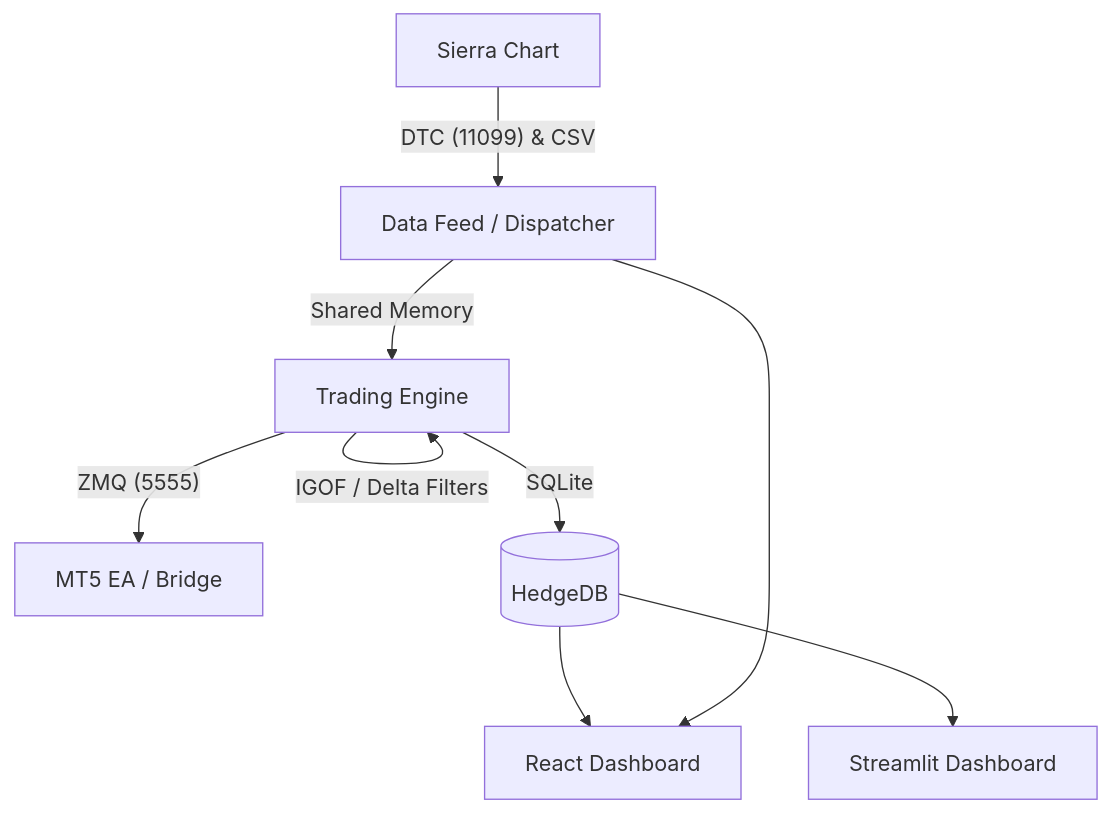
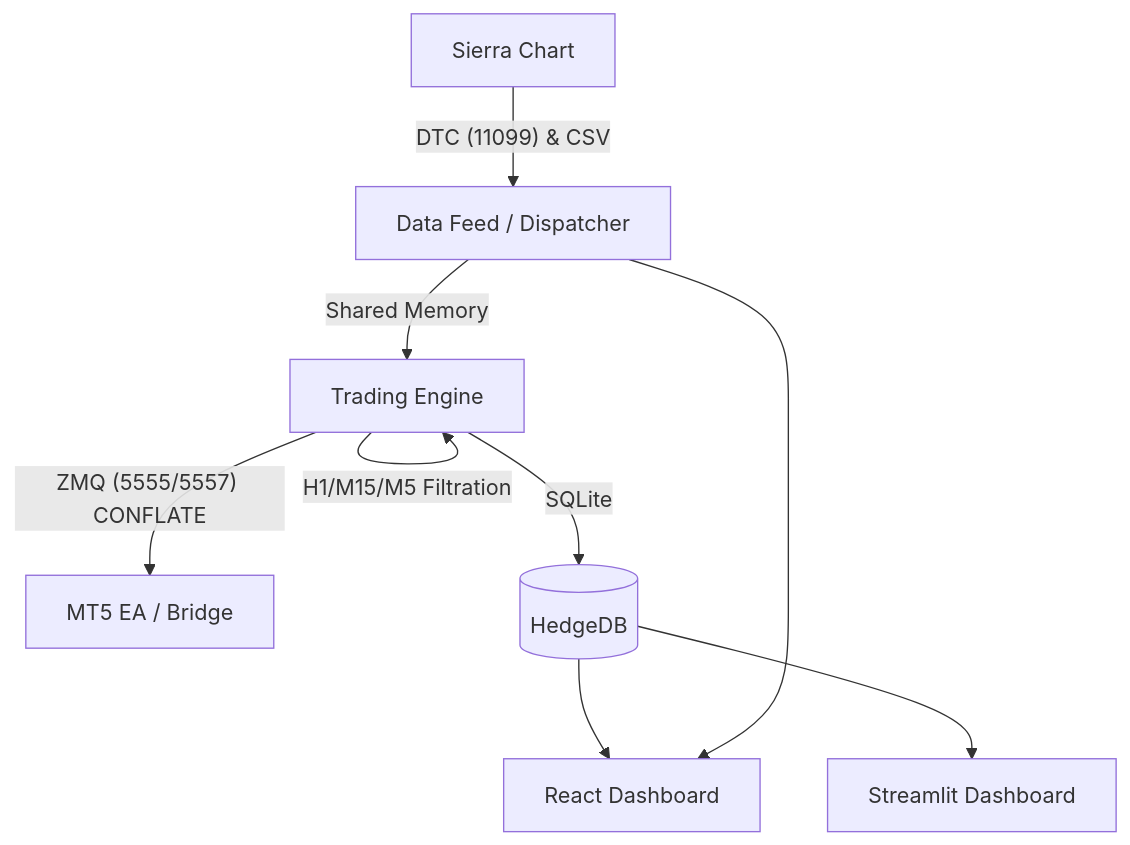
One commit to tonynagwerez20-hue/kingin changed the diagram in README.md. Above: the diagram before and after it, drawn with Mermaid. The commit also changed other lines of this file and 20 other files, not shown here.

````diff
--- a/README.md
+++ b/README.md
@@ -15,11 +17,11 @@
 ```mermaid
 graph TD
     SC[Sierra Chart] -- "DTC (11099) & CSV" --> DF[Data Feed / Dispatcher]
     DF -- Shared Memory --> EN[Trading Engine]
-    EN -- IGOF / Delta Filters --> EN
-    EN -- ZMQ (5555) --> MT5[MT5 EA / Bridge]
+    EN -- "H1/M15/M5 Filtration" --> EN
+    EN -- "ZMQ (5555/5557) CONFLATE" --> MT5[MT5 EA / Bridge]
     EN -- SQLite --> DB[(HedgeDB)]
     DB --> RD[React Dashboard]
     DF --> RD
     DB --> ST[Streamlit Dashboard]
 ```
````
